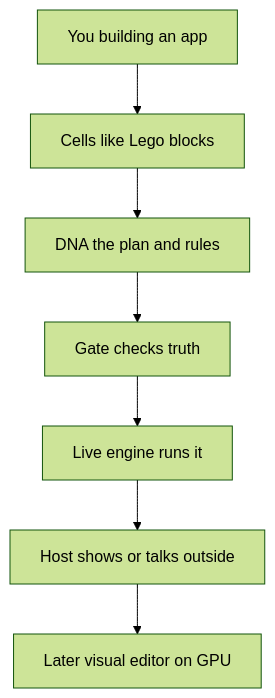
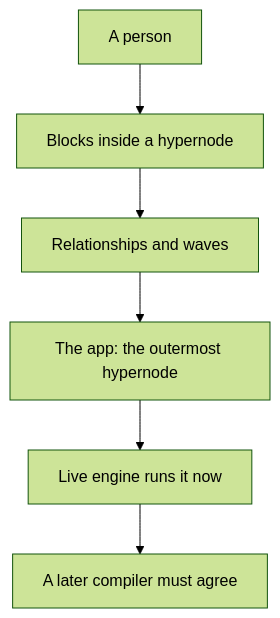
One commit to joneseysinno/JoInn changed the first of 6 diagrams in docs/Guides/02-how-parts-connect.md. Above: the diagram before and after it, drawn with Mermaid (forest theme). The commit also changed other lines of this file and 12 other files, not shown here.

First line of the commit message:
PA: product language is hypernode, relationship, wave and app; DNA is storage

````diff
--- a/docs/Guides/02-how-parts-connect.md
+++ b/docs/Guides/02-how-parts-connect.md
@@ -13,9 +13,8 @@
 ```mermaid
 flowchart TB
-  Creator[You building an app] --> Cells[Cells like Lego blocks]
-  Cells --> DNA[DNA the plan and rules]
-  DNA --> Gate[Gate checks truth]
-  Gate --> Live[Live engine runs it]
-  Live --> Host[Host shows or talks outside]
-  Host --> FutureVisual[Later visual editor on GPU]
+  Person[A person] --> Blocks[Blocks inside a hypernode]
+  Blocks --> Joins[Relationships and waves]
+  Joins --> App[The app: the outermost hypernode]
+  App --> Live[Live engine runs it now]
+  Live --> Compiler[A later compiler must agree]
 ```
````
